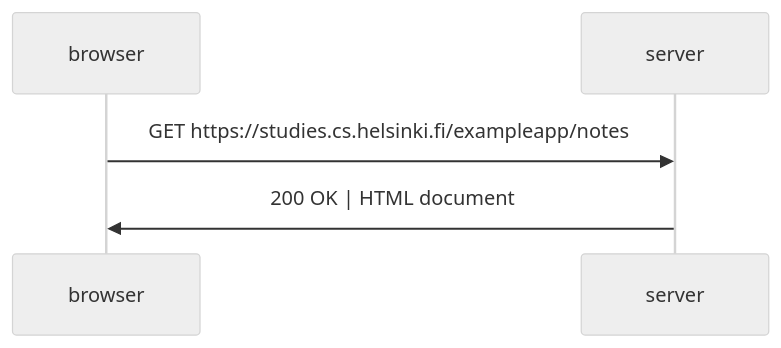
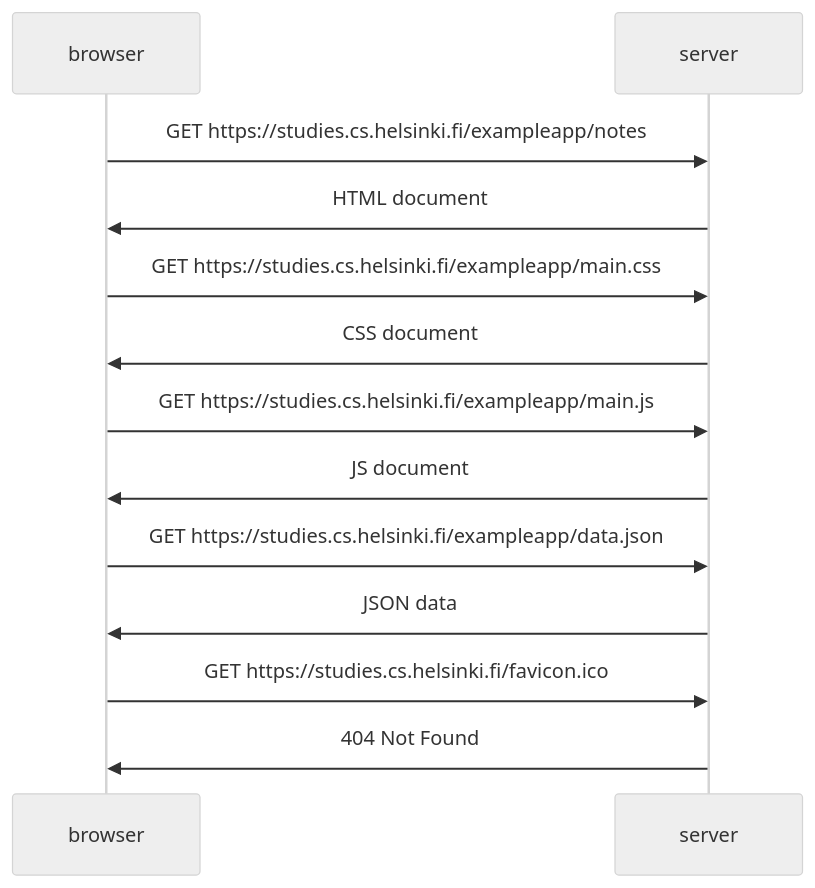
One commit to xj4v1x/fullstackopen changed the diagram in part0/04_Nuevo_Diagrama_de_nota.md. Above: the diagram before and after it, drawn with Mermaid (neutral theme).

````diff
--- a/part0/04_Nuevo_Diagrama_de_nota.md
+++ b/part0/04_Nuevo_Diagrama_de_nota.md
@@ -1,10 +1,20 @@
 ```mermaid
 sequenceDiagram
     participant browser
     participant server
 
     browser->>server: GET https://studies.cs.helsinki.fi/exampleapp/notes
-    server->>browser: 200 OK | HTML document
+    server->>browser: HTML document
 
+    browser->>server: GET https://studies.cs.helsinki.fi/exampleapp/main.css
+    server->>browser: CSS document
 
+    browser->>server: GET https://studies.cs.helsinki.fi/exampleapp/main.js
+    server->>browser: JS document
+
+    browser->>server: GET https://studies.cs.helsinki.fi/exampleapp/data.json
+    server->>browser: JSON data
+
+    browser->>server: GET https://studies.cs.helsinki.fi/favicon.ico
+    server->>browser: 404 Not Found
 ```
````
